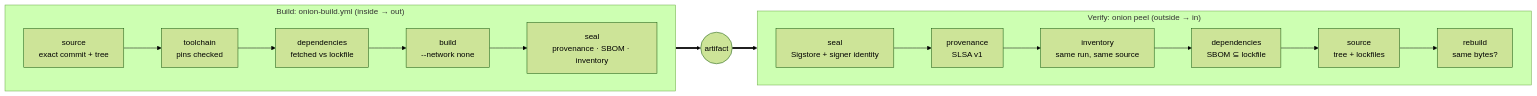
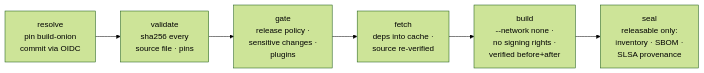
The diagram in README.md (PatterCJ/build-onion), drawn with Mermaid (forest theme) before and after one commit. The commit also changed other lines of this file and 20 other files, not shown here.

First line of the commit message:
Phase A: source snapshot, pipeline inventory, gate and plugin API

````diff
--- a/README.md
+++ b/README.md
@@ -13,13 +23,8 @@
 ```mermaid
 flowchart LR
-  subgraph wrap["Build: onion-build.yml (inside → out)"]
-    direction LR
-    S[source<br/>exact commit + tree] --> T[toolchain<br/>pins checked] --> D[dependencies<br/>fetched vs lockfile] --> B[build<br/>--network none] --> SE[seal<br/>provenance · SBOM · inventory]
-  end
-  SE ==> A((artifact))
-  A ==> P
-  subgraph peel["Verify: onion peel (outside → in)"]
-    direction LR
-    P[seal<br/>Sigstore + signer identity] --> PR[provenance<br/>SLSA v1] --> I[inventory<br/>same run, same source] --> DE[dependencies<br/>SBOM ⊆ lockfile] --> SO[source<br/>tree + lockfiles] --> R[rebuild<br/>same bytes?]
-  end
+  R[resolve<br/>pin build-onion<br/>commit via OIDC] --> V[validate<br/>sha256 every<br/>source file · pins]
+  V --> G[gate<br/>release policy ·<br/>sensitive changes ·<br/>plugins]
+  G --> F[fetch<br/>deps into cache ·<br/>source re-verified]
+  F --> B[build<br/>--network none ·<br/>no signing rights ·<br/>verified before+after]
+  B --> S[seal<br/>releasable only:<br/>inventory · SBOM ·<br/>SLSA provenance]
 ```
````
